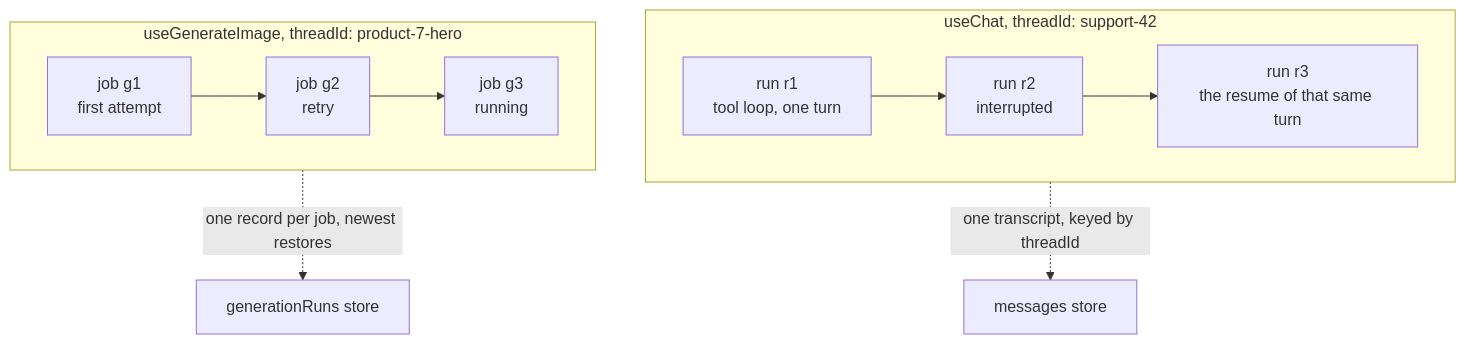
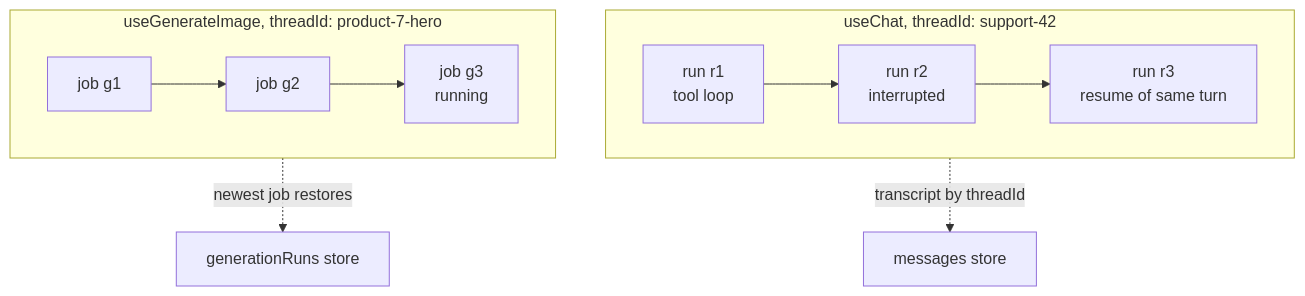
Before and after one commit to SystemSculpt/ai: the diagram in docs/persistence/id-map.md, drawn with Mermaid. The commit also changed other lines of this file and 141 other files, not shown here.

````diff
--- a/docs/persistence/id-map.md
+++ b/docs/persistence/id-map.md
@@ -126,21 +89,19 @@
 ```mermaid
 flowchart TB
     subgraph chat ["useChat, threadId: support-42"]
         direction LR
         c1["run r1
-tool loop, one turn"] --> c2["run r2
+tool loop"] --> c2["run r2
 interrupted"] --> c3["run r3
-the resume of that same turn"]
+resume of same turn"]
     end
 
     subgraph gen ["useGenerateImage, threadId: product-7-hero"]
         direction LR
-        g1["job g1
-first attempt"] --> g2["job g2
-retry"] --> g3["job g3
+        g1["job g1"] --> g2["job g2"] --> g3["job g3
 running"]
     end
 
-    chat -. "one transcript, keyed by threadId" .-> cstore["messages store"]
-    gen -. "one record per job, newest restores" .-> gstore["generationRuns store"]
+    chat -. "transcript by threadId" .-> cstore["messages store"]
+    gen -. "newest job restores" .-> gstore["generationRuns store"]
 ```
````
